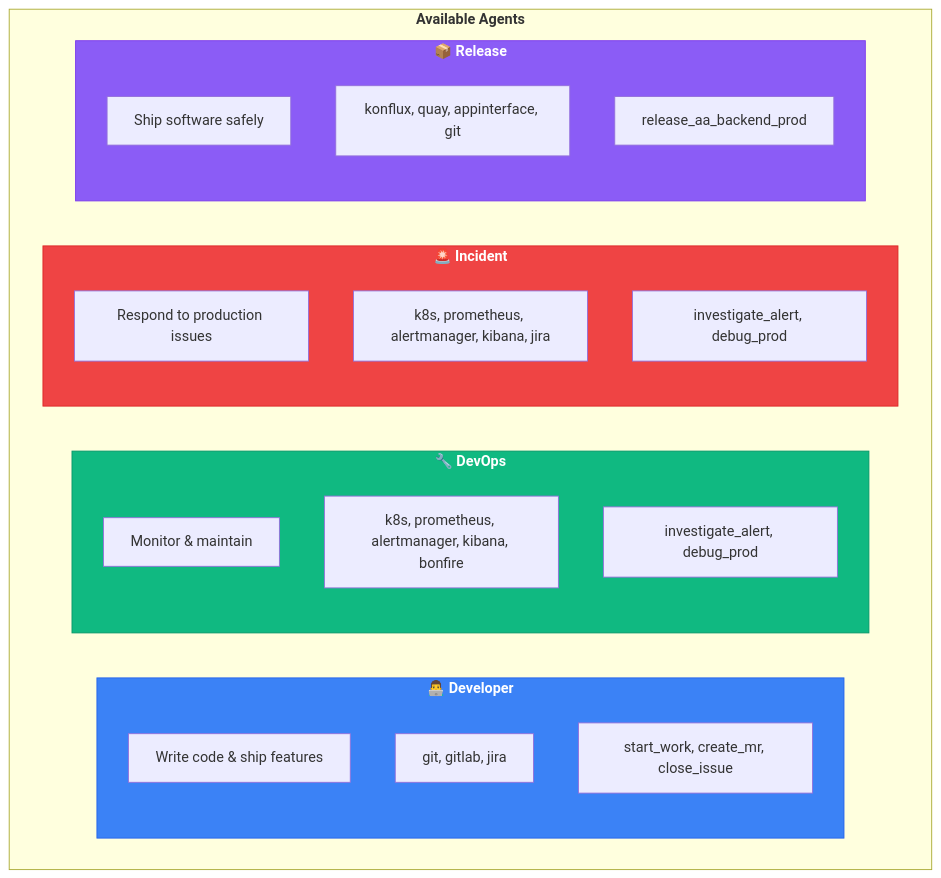
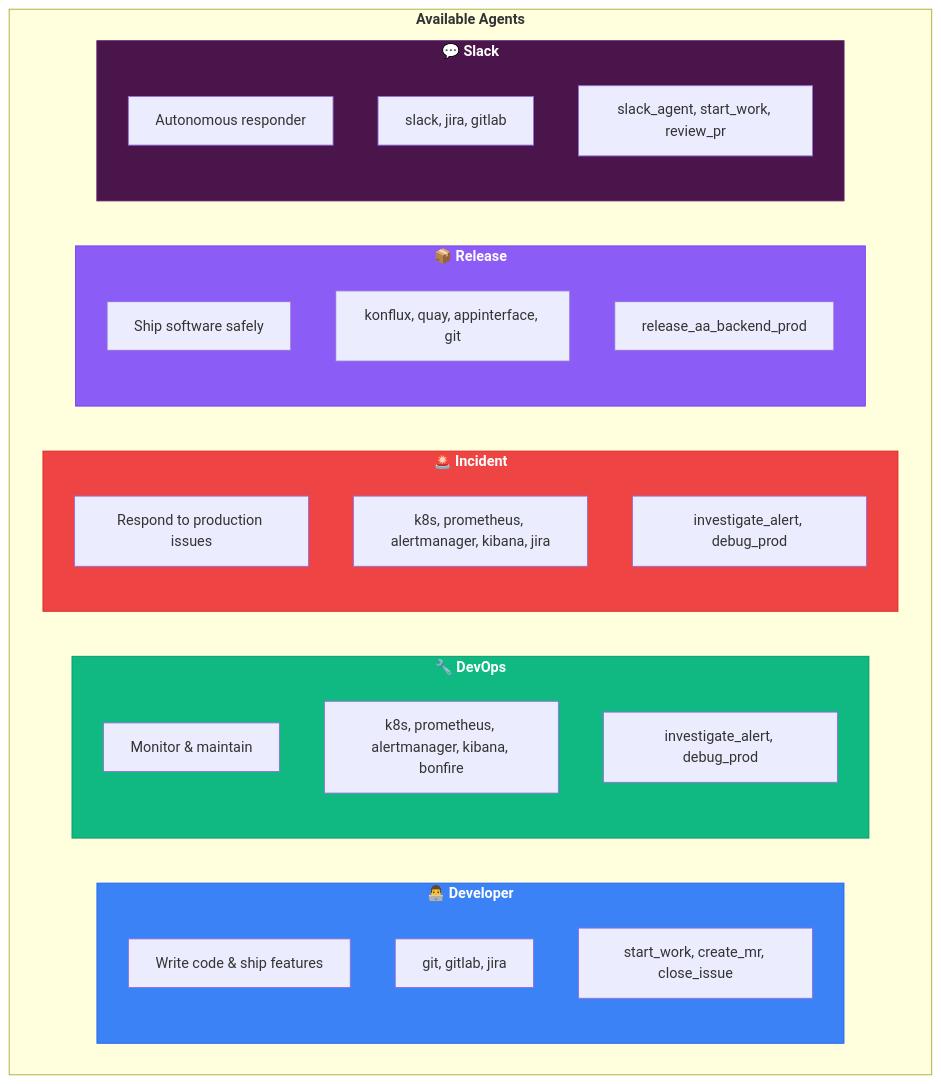
One commit to dmzoneill/redhat-ai-workflow changed the third of 25 diagrams in README.md. Above: the diagram before and after it, drawn with Mermaid. The commit also changed other lines of this file and 9 other files, not shown here.

````diff
--- a/README.md
+++ b/README.md
@@ -209,35 +209,42 @@
 ```mermaid
 graph TD
     subgraph AGENTS["<b>Available Agents</b>"]
         direction LR
         
         subgraph DEV["<b>👨‍💻 Developer</b>"]
             DEV_DESC[Write code & ship features]
             DEV_TOOLS[git, gitlab, jira]
             DEV_SKILLS[start_work, create_mr, close_issue]
         end
         
         subgraph OPS["<b>🔧 DevOps</b>"]
             OPS_DESC[Monitor & maintain]
             OPS_TOOLS[k8s, prometheus, alertmanager, kibana, bonfire]
             OPS_SKILLS[investigate_alert, debug_prod]
         end
         
         subgraph INC["<b>🚨 Incident</b>"]
             INC_DESC[Respond to production issues]
             INC_TOOLS[k8s, prometheus, alertmanager, kibana, jira]
             INC_SKILLS[investigate_alert, debug_prod]
         end
         
         subgraph REL["<b>📦 Release</b>"]
             REL_DESC[Ship software safely]
             REL_TOOLS[konflux, quay, appinterface, git]
             REL_SKILLS[release_aa_backend_prod]
         end
+        
+        subgraph SLACK["<b>💬 Slack</b>"]
+            SLACK_DESC[Autonomous responder]
+            SLACK_TOOLS[slack, jira, gitlab]
+            SLACK_SKILLS[slack_agent, start_work, review_pr]
+        end
     end
     
     style DEV fill:#3b82f6,stroke:#2563eb,color:#fff
     style OPS fill:#10b981,stroke:#059669,color:#fff
     style INC fill:#ef4444,stroke:#dc2626,color:#fff
     style REL fill:#8b5cf6,stroke:#7c3aed,color:#fff
+    style SLACK fill:#4a154b,stroke:#611f69,color:#fff
 ```
````
